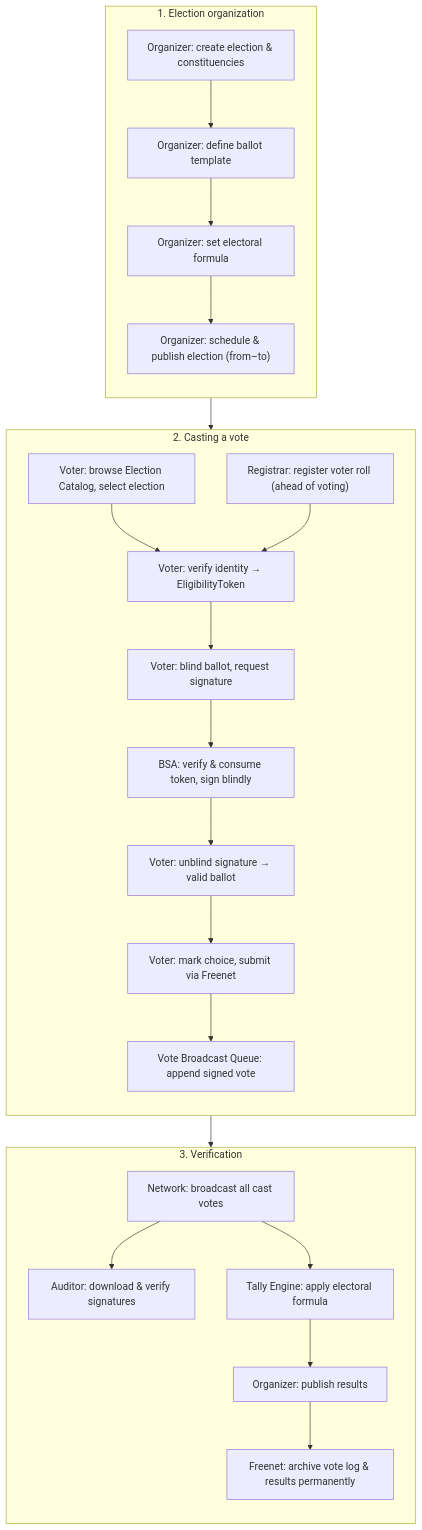
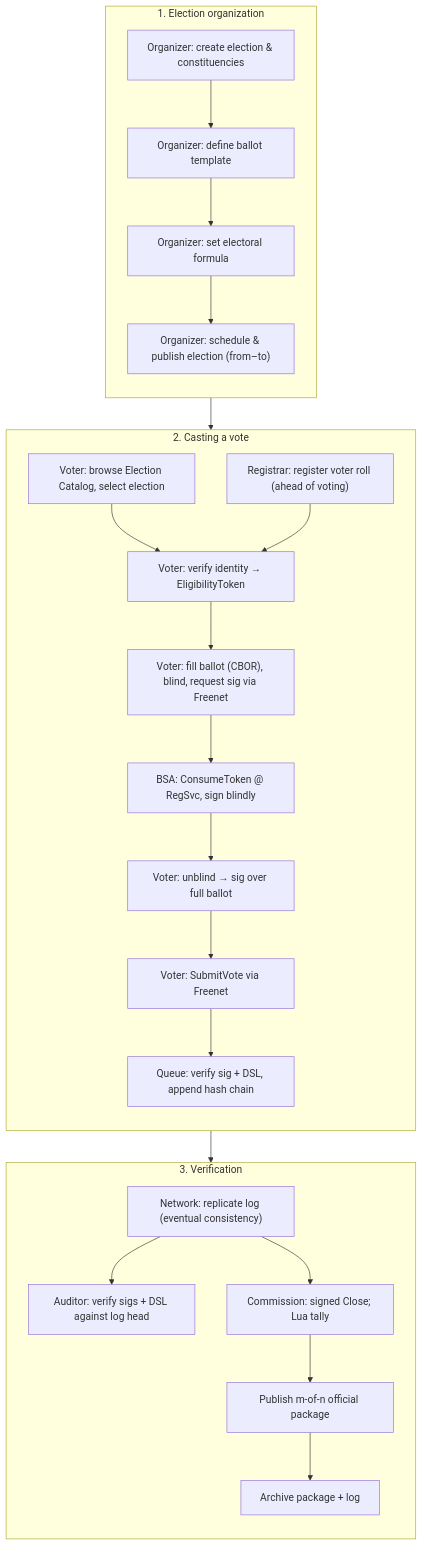
The third of 3 diagrams in src/content/docs/architecture.md (Suffragio/suffragio-spec), drawn with Mermaid before and after one commit. The commit also changed other lines of this file and 21 other files, not shown here.

````diff
--- a/src/content/docs/architecture.md
+++ b/src/content/docs/architecture.md
@@ -220,39 +220,39 @@
 ```mermaid
 flowchart TD
     subgraph Phase1["1. Election organization"]
         direction TB
         A1["Organizer: create election &amp; constituencies"]
         A2["Organizer: define ballot template"]
         A3["Organizer: set electoral formula"]
         A4["Organizer: schedule &amp; publish election (from–to)"]
         A1 --> A2 --> A3 --> A4
     end
 
     subgraph Phase2["2. Casting a vote"]
         direction TB
         B0["Voter: browse Election Catalog, select election"]
         B1["Registrar: register voter roll (ahead of voting)"]
         B2["Voter: verify identity → EligibilityToken"]
-        B3["Voter: blind ballot, request signature"]
-        B4["BSA: verify &amp; consume token, sign blindly"]
-        B5["Voter: unblind signature → valid ballot"]
-        B6["Voter: mark choice, submit via Freenet"]
-        B7["Vote Broadcast Queue: append signed vote"]
+        B3["Voter: fill ballot (CBOR), blind, request sig via Freenet"]
+        B4["BSA: ConsumeToken @ RegSvc, sign blindly"]
+        B5["Voter: unblind → sig over full ballot"]
+        B6["Voter: SubmitVote via Freenet"]
+        B7["Queue: verify sig + DSL, append hash chain"]
         B0 --> B2
         B1 --> B2
         B2 --> B3 --> B4 --> B5 --> B6 --> B7
     end
 
     subgraph Phase3["3. Verification"]
         direction TB
-        C1["Network: broadcast all cast votes"]
-        C2["Auditor: download &amp; verify signatures"]
-        C3["Tally Engine: apply electoral formula"]
-        C4["Organizer: publish results"]
-        C5["Freenet: archive vote log &amp; results permanently"]
+        C1["Network: replicate log (eventual consistency)"]
+        C2["Auditor: verify sigs + DSL against log head"]
+        C3["Commission: signed Close; Lua tally"]
+        C4["Publish m-of-n official package"]
+        C5["Archive package + log"]
         C1 --> C2
         C1 --> C3 --> C4 --> C5
     end
 
     Phase1 --> Phase2 --> Phase3
 ```
````
